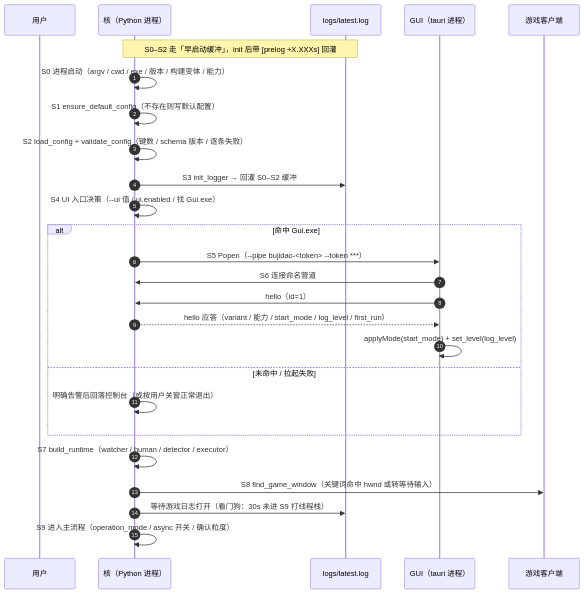
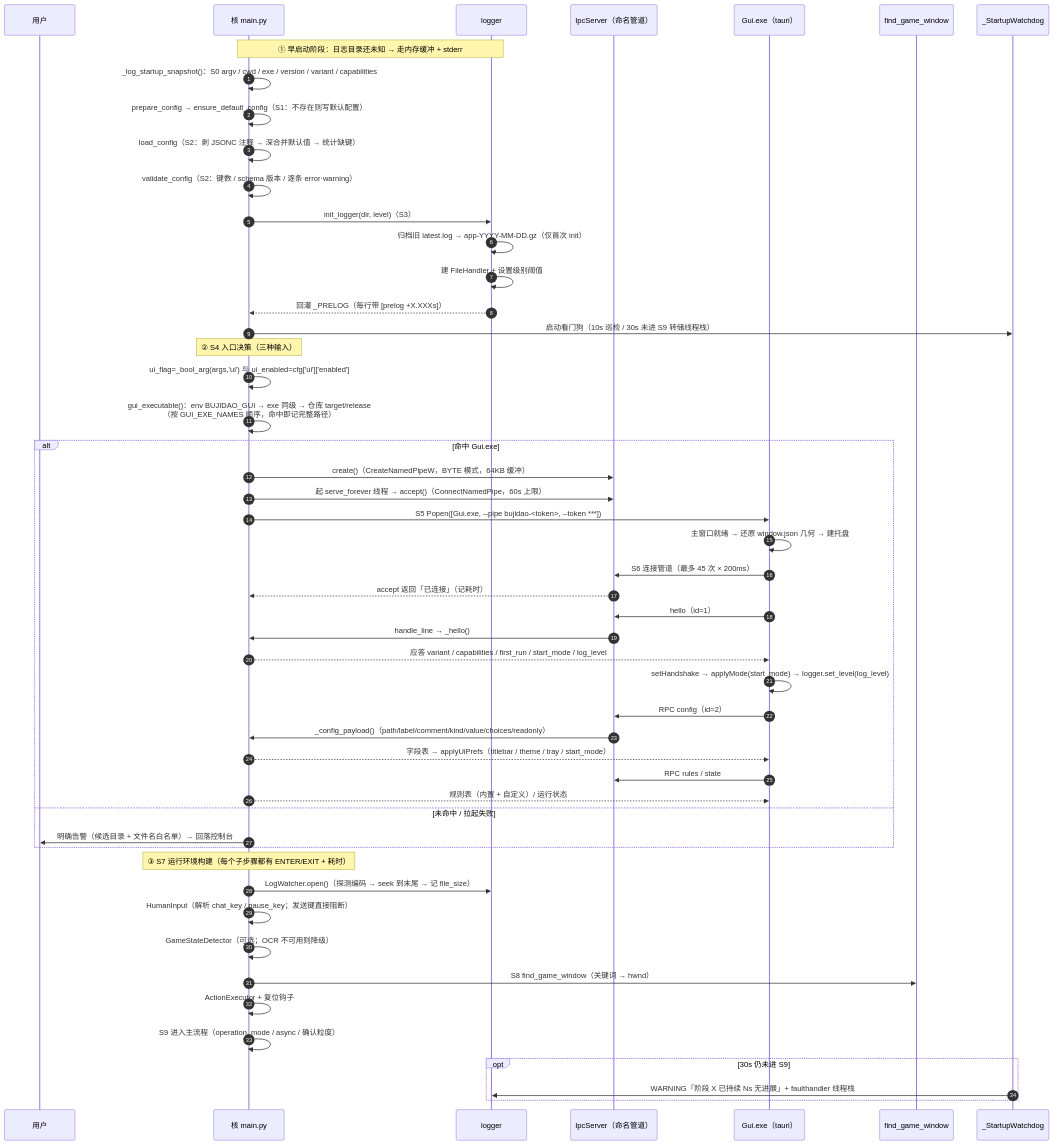
One commit to Minecraft269/bujidao-guild-auto changed the second of 11 diagrams in docs/流程与架构图.md. Above: the diagram before and after it, drawn with Mermaid. The commit also changed other lines of this file, not shown here.

First line of the commit message:
docs: 时序图细化到可执行粒度（4 张图 + 阶段对照表） (#21)

````diff
--- a/docs/流程与架构图.md
+++ b/docs/流程与架构图.md
@@ -149,31 +150,61 @@
 ```mermaid
 sequenceDiagram
     autonumber
     participant U as 用户
-    participant CORE as 核（Python 进程）
-    participant LOG as logs/latest.log
-    participant GUI as GUI（tauri 进程）
-    participant GAME as 游戏客户端
+    participant CORE as 核 main.py
+    participant LOG as logger
+    participant PIPE as IpcServer（命名管道）
+    participant GUI as Gui.exe（tauri）
+    participant WIN as find_game_window
+    participant WD as _StartupWatchdog
 
-    Note over CORE,LOG: S0–S2 走「早启动缓冲」，init 后带 [prelog +X.XXXs] 回灌
-    CORE->>CORE: S0 进程启动（argv / cwd / exe / 版本 / 构建变体 / 能力）
-    CORE->>CORE: S1 ensure_default_config（不存在则写默认配置）
-    CORE->>CORE: S2 load_config + validate_config（键数 / schema 版本 / 逐条失败）
-    CORE->>LOG: S3 init_logger → 回灌 S0–S2 缓冲
-    CORE->>CORE: S4 UI 入口决策（--ui 值 / ui.enabled / 找 Gui.exe）
+    Note over CORE,LOG: ① 早启动阶段：日志目录还未知 → 走内存缓冲 + stderr
+    CORE->>CORE: _log_startup_snapshot()：S0 argv / cwd / exe / version / variant / capabilities
+    CORE->>CORE: prepare_config → ensure_default_config（S1：不存在则写默认配置）
+    CORE->>CORE: load_config（S2：剥 JSONC 注释 → 深合并默认值 → 统计缺键）
+    CORE->>CORE: validate_config（S2：键数 / schema 版本 / 逐条 error·warning）
+
+    CORE->>LOG: init_logger(dir, level)（S3）
+    LOG->>LOG: 归档旧 latest.log → app-YYYY-MM-DD.gz（仅首次 init）
+    LOG->>LOG: 建 FileHandler + 设置级别阈值
+    LOG-->>CORE: 回灌 _PRELOG（每行带 [prelog +X.XXXs]）
+    CORE->>WD: 启动看门狗（10s 巡检 / 30s 未进 S9 转储线程栈）
+
+    Note over CORE: ② S4 入口决策（三种输入）
+    CORE->>CORE: ui_flag=_bool_arg(args,'ui') 与 ui_enabled=cfg['ui']['enabled']
+    CORE->>CORE: gui_executable()：env BUJIDAO_GUI → exe 同级 → 仓库 target/release<br/>（按 GUI_EXE_NAMES 顺序，命中即记完整路径）
 
     alt 命中 Gui.exe
-        CORE->>GUI: S5 Popen（--pipe bujidao-<token> --token ***）
-        GUI->>CORE: S6 连接命名管道
-        GUI->>CORE: hello（id=1）
-        CORE-->>GUI: hello 应答（variant / 能力 / start_mode / log_level / first_run）
-        GUI->>GUI: applyMode(start_mode) + set_level(log_level)
+        CORE->>PIPE: create()（CreateNamedPipeW，BYTE 模式，64KB 缓冲）
+        CORE->>PIPE: 起 serve_forever 线程 → accept()（ConnectNamedPipe，60s 上限）
+        CORE->>GUI: S5 Popen([Gui.exe, --pipe bujidao-<token>, --token ***])
+        GUI->>GUI: 主窗口就绪 → 还原 window.json 几何 → 建托盘
+        GUI->>PIPE: S6 连接管道（最多 45 次 × 200ms）
+        PIPE-->>CORE: accept 返回「已连接」（记耗时）
+        GUI->>PIPE: hello（id=1）
+        PIPE->>CORE: handle_line → _hello()
+        CORE-->>GUI: 应答 variant / capabilities / first_run / start_mode / log_level
+        GUI->>GUI: setHandshake → applyMode(start_mode) → logger.set_level(log_level)
+
+        GUI->>PIPE: RPC config（id=2）
+        PIPE->>CORE: _config_payload()（path/label/comment/kind/value/choices/readonly）
+        CORE-->>GUI: 字段表 → applyUiPrefs（titlebar / theme / tray / start_mode）
+        GUI->>PIPE: RPC rules / state
+        CORE-->>GUI: 规则表（内置 + 自定义）/ 运行状态
+
     else 未命中 / 拉起失败
-        CORE->>CORE: 明确告警后回落控制台（或按用户关窗正常退出）
+        CORE->>U: 明确告警（候选目录 + 文件名白名单）→ 回落控制台
     end
 
-    CORE->>CORE: S7 build_runtime（watcher / human / detector / executor）
-    CORE->>GAME: S8 find_game_window（关键词命中 hwnd 或转等待输入）
-    CORE->>LOG: 等待游戏日志打开（看门狗：30s 未进 S9 打线程栈）
-    CORE->>CORE: S9 进入主流程（operation_mode / async 开关 / 确认粒度）
+    Note over CORE: ③ S7 运行环境构建（每个子步骤都有 ENTER/EXIT + 耗时）
+    CORE->>LOG: LogWatcher.open()（探测编码 → seek 到末尾 → 记 file_size）
+    CORE->>CORE: HumanInput（解析 chat_key / pause_key；发送键直接阻断）
+    CORE->>CORE: GameStateDetector（可选；OCR 不可用则降级）
+    CORE->>WIN: S8 find_game_window（关键词 → hwnd）
+    CORE->>CORE: ActionExecutor + 复位钩子
+    CORE->>CORE: S9 进入主流程（operation_mode / async / 确认粒度）
+
+    opt 30s 仍未进 S9
+        WD->>LOG: WARNING「阶段 X 已持续 Ns 无进展」+ faulthandler 线程栈
+    end
 ```
````
